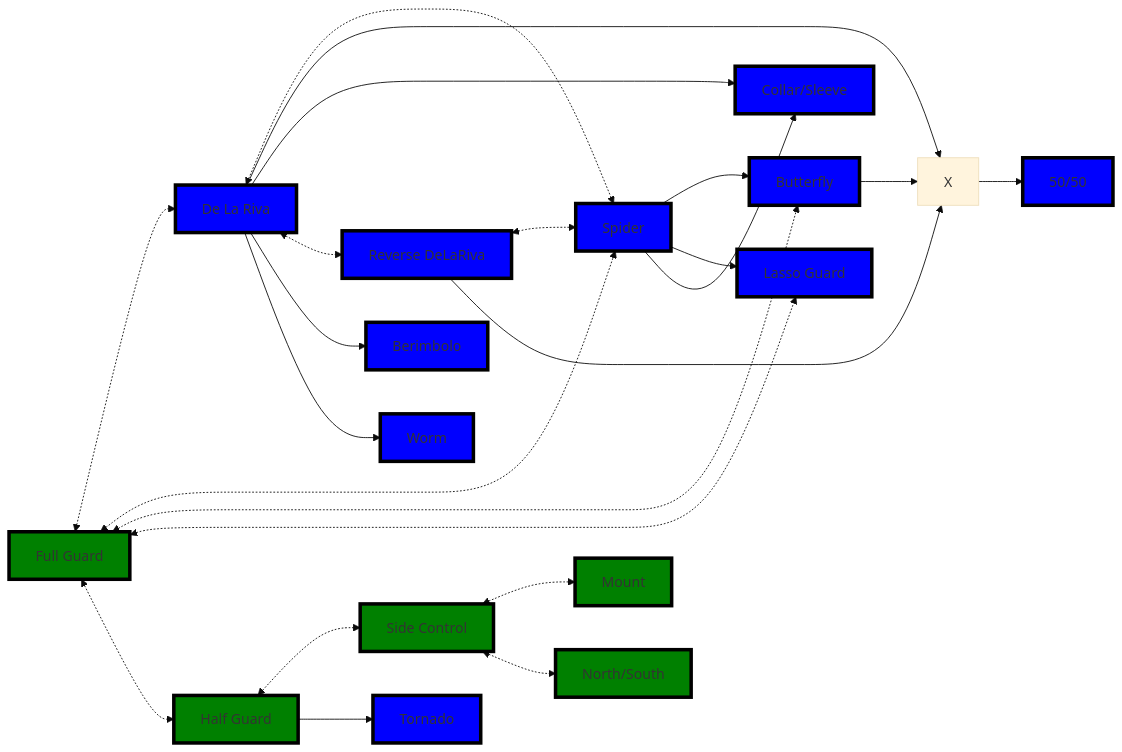
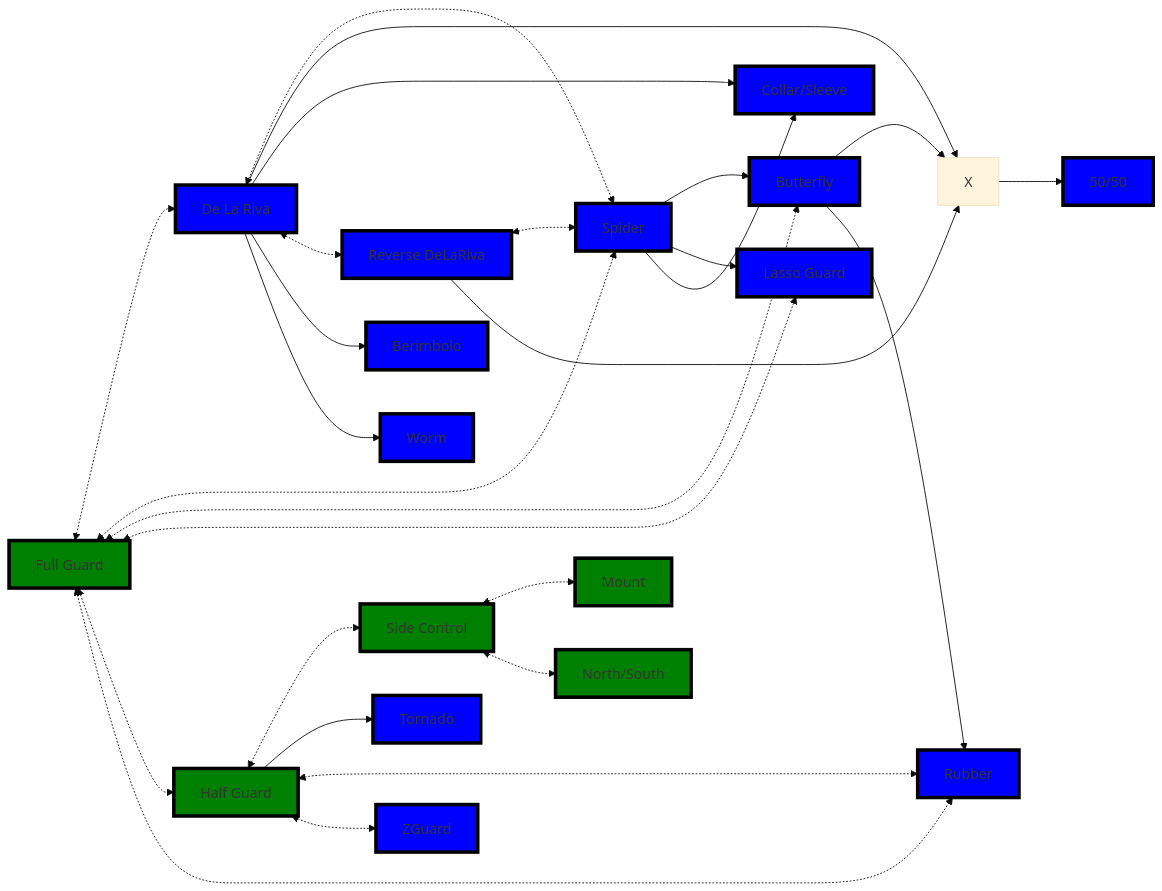
The first of 2 diagrams in _BJJ/Guards Directory.md (jacgit18/DevHiveMind), drawn with Mermaid (base theme) before and after one commit. The commit also changed other lines of this file, not shown here.

Commit message:
M "_BJJ/Guards Directory.md"

````diff
--- a/_BJJ/Guards Directory.md
+++ b/_BJJ/Guards Directory.md
@@ -33,12 +33,16 @@
 	N[50/50]
 	O[Worm]
 	P[Tornado]
+	Q[Rubber]
+
+	Z[ZGuard]
 
     A <-.-> B
     A <-.-> C
     A <-.-> D
     A <-.-> E
     A <-.-> H
+    A <-.-> Q
     B <-.-> C
     B --> F
     B --> G
@@ -49,9 +53,12 @@
     C --> E
     C --> G
 	D --> F
+	D --> Q
 	F --> N
 	H <-.-> I
 	H --> P
+	H <-.-> Q 
+	H <-.-> Z
 	I <-.-> J
 	L <-.-> C
 	L --> F
@@ -86,4 +93,8 @@
 style O fill:blue,stroke:black,stroke-width:4px,shadow:shadow
 
 style P fill:blue,stroke:black,stroke-width:4px,shadow:shadow
+
+style Q fill:blue,stroke:black,stroke-width:4px,shadow:shadow
+
+style Z fill:blue,stroke:black,stroke-width:4px,shadow:shadow
 ```
````
